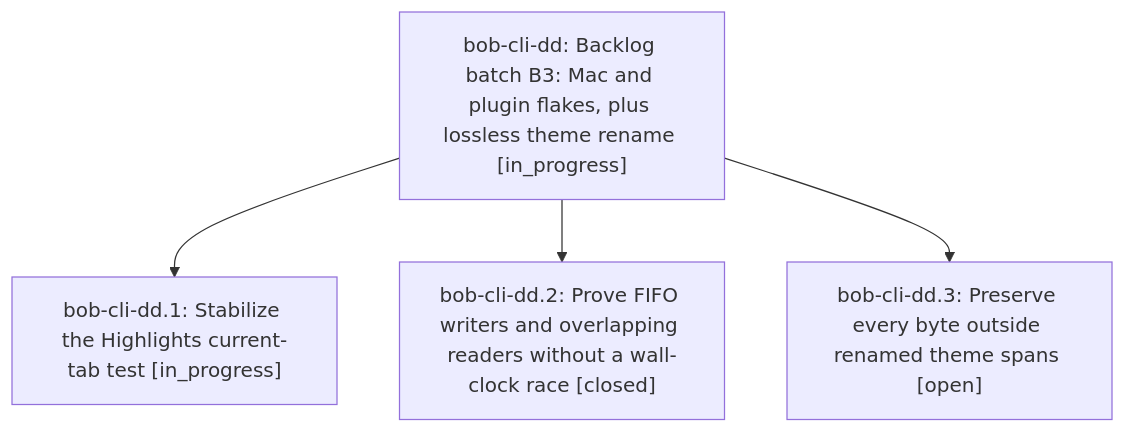
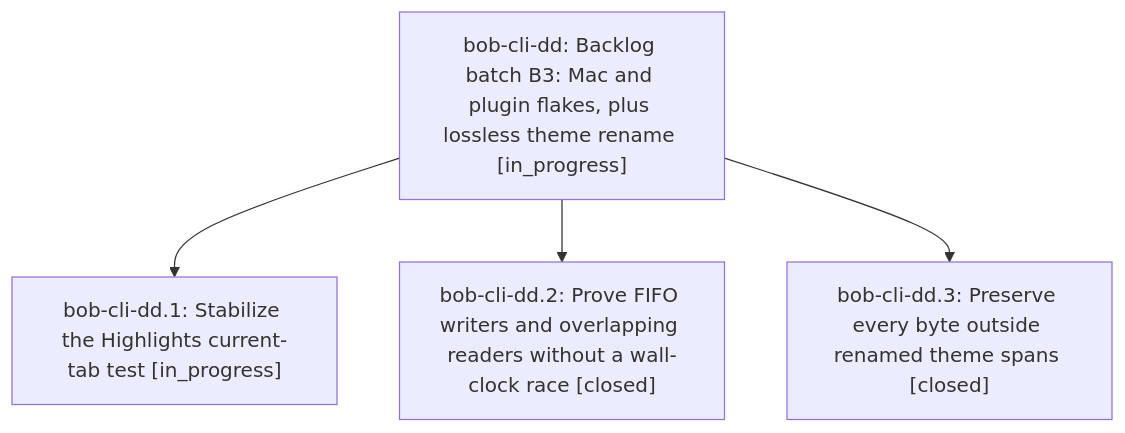
One commit to bobs-org/bob-cli--beads changed the diagram in pages/bob-cli-dd/README.md. Above: the diagram before and after it, drawn with Mermaid. The commit also changed other lines of this file and 2 other files, not shown here.

First line of the commit message:
chore(beads): sync bead state and pages for bob-cli-dd

````diff
--- a/pages/bob-cli-dd/README.md
+++ b/pages/bob-cli-dd/README.md
@@ -36,10 +38,10 @@
 ```mermaid
 flowchart TD
     n0["bob-cli-dd: Backlog batch B3: Mac and plugin flakes, plus lossless theme rename [in_progress]"]
     n1["bob-cli-dd.1: Stabilize the Highlights current-tab test [in_progress]"]
     n2["bob-cli-dd.2: Prove FIFO writers and overlapping readers without a wall-clock race [closed]"]
-    n3["bob-cli-dd.3: Preserve every byte outside renamed theme spans [open]"]
+    n3["bob-cli-dd.3: Preserve every byte outside renamed theme spans [closed]"]
     n0 --> n1
     n0 --> n2
     n0 --> n3
 ```
````
